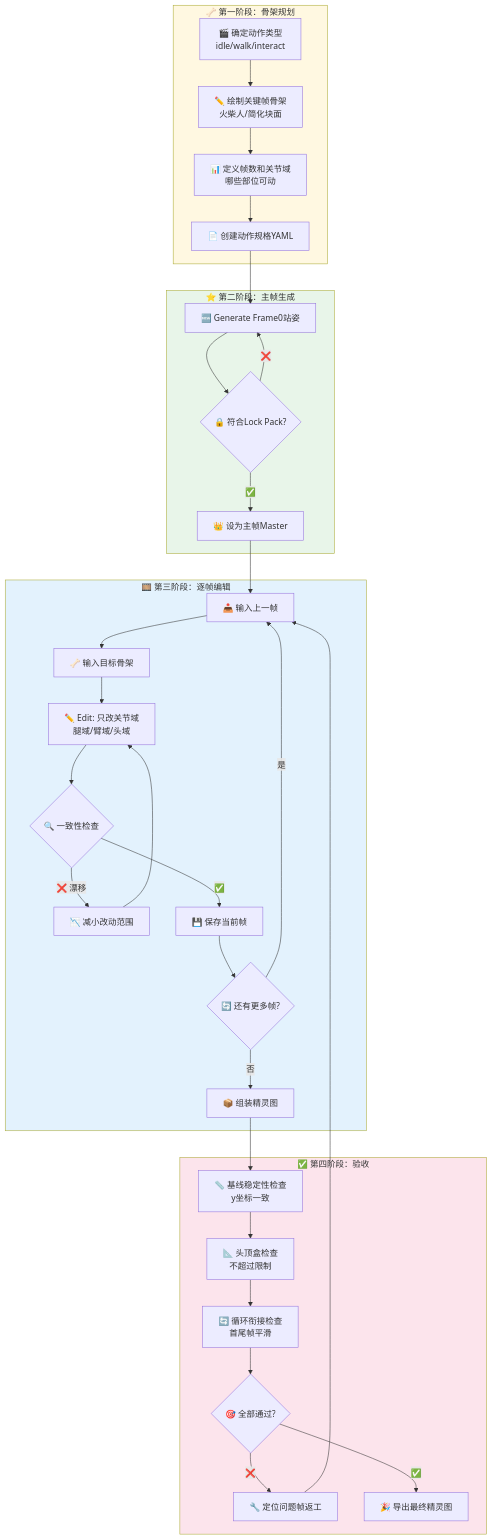
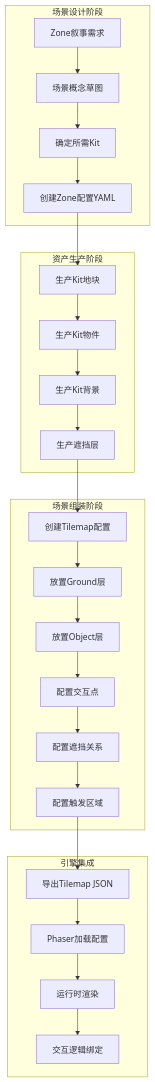
One commit to angelash/Footnote changed the sixth of 17 diagrams in docs/art/资产生产流程图汇总.md. Above: the diagram before and after it, drawn with Mermaid. The commit also changed other lines of this file and 59 other files, not shown here.

````diff
--- a/docs/art/资产生产流程图汇总.md
+++ b/docs/art/资产生产流程图汇总.md
@@ -91,44 +168,32 @@
 ```mermaid
 flowchart TB
-    subgraph Phase1["🦴 第一阶段：骨架规划"]
-        A1["🎬 确定动作类型<br/>idle/walk/interact"] --> A2["✏️ 绘制关键帧骨架<br/>火柴人/简化块面"]
-        A2 --> A3["📊 定义帧数和关节域<br/>哪些部位可动"]
-        A3 --> A4["📄 创建动作规格YAML"]
+    subgraph Design["场景设计阶段"]
+        A1["Zone叙事需求"] --> A2["场景概念草图"]
+        A2 --> A3["确定所需Kit"]
+        A3 --> A4["创建Zone配置YAML"]
     end
     
-    subgraph Phase2["⭐ 第二阶段：主帧生成"]
-        B1["🆕 Generate Frame0站姿"] --> B2{"🔒 符合Lock Pack?"}
-        B2 -->|"❌"| B1
-        B2 -->|"✅"| B3["👑 设为主帧Master"]
+    subgraph Assets["资产生产阶段"]
+        B1["生产Kit地块"] --> B2["生产Kit物件"]
+        B2 --> B3["生产Kit背景"]
+        B3 --> B4["生产遮挡层"]
     end
     
-    subgraph Phase3["🎞️ 第三阶段：逐帧编辑"]
-        C1["📥 输入上一帧"] --> C2["🦴 输入目标骨架"]
-        C2 --> C3["✏️ Edit: 只改关节域<br/>腿域/臂域/头域"]
-        C3 --> C4{"🔍 一致性检查"}
-        C4 -->|"❌ 漂移"| C5["📉 减小改动范围"]
-        C5 --> C3
-        C4 -->|"✅"| C6["💾 保存当前帧"]
-        C6 --> C7{"🔄 还有更多帧?"}
-        C7 -->|"是"| C1
-        C7 -->|"否"| C8["📦 组装精灵图"]
+    subgraph Assembly["场景组装阶段"]
+        C1["创建Tilemap配置"] --> C2["放置Ground层"]
+        C2 --> C3["放置Object层"]
+        C3 --> C4["配置交互点"]
+        C4 --> C5["配置遮挡关系"]
+        C5 --> C6["配置触发区域"]
     end
     
-    subgraph Phase4["✅ 第四阶段：验收"]
-        D1["📏 基线稳定性检查<br/>y坐标一致"] --> D2["📐 头顶盒检查<br/>不超过限制"]
-        D2 --> D3["🔄 循环衔接检查<br/>首尾帧平滑"]
-        D3 --> D4{"🎯 全部通过?"}
-        D4 -->|"❌"| D5["🔧 定位问题帧返工"]
-        D5 --> C1
-        D4 -->|"✅"| D6["🎉 导出最终精灵图"]
+    subgraph Integration["引擎集成"]
+        D1["导出Tilemap JSON"] --> D2["Phaser加载配置"]
+        D2 --> D3["运行时渲染"]
+        D3 --> D4["交互逻辑绑定"]
     end
     
     A4 --> B1
-    B3 --> C1
-    C8 --> D1
-    
-    style Phase1 fill:#fff8e1
-    style Phase2 fill:#e8f5e9
-    style Phase3 fill:#e3f2fd
-    style Phase4 fill:#fce4ec
+    B4 --> C1
+    C6 --> D1
 ```
````
